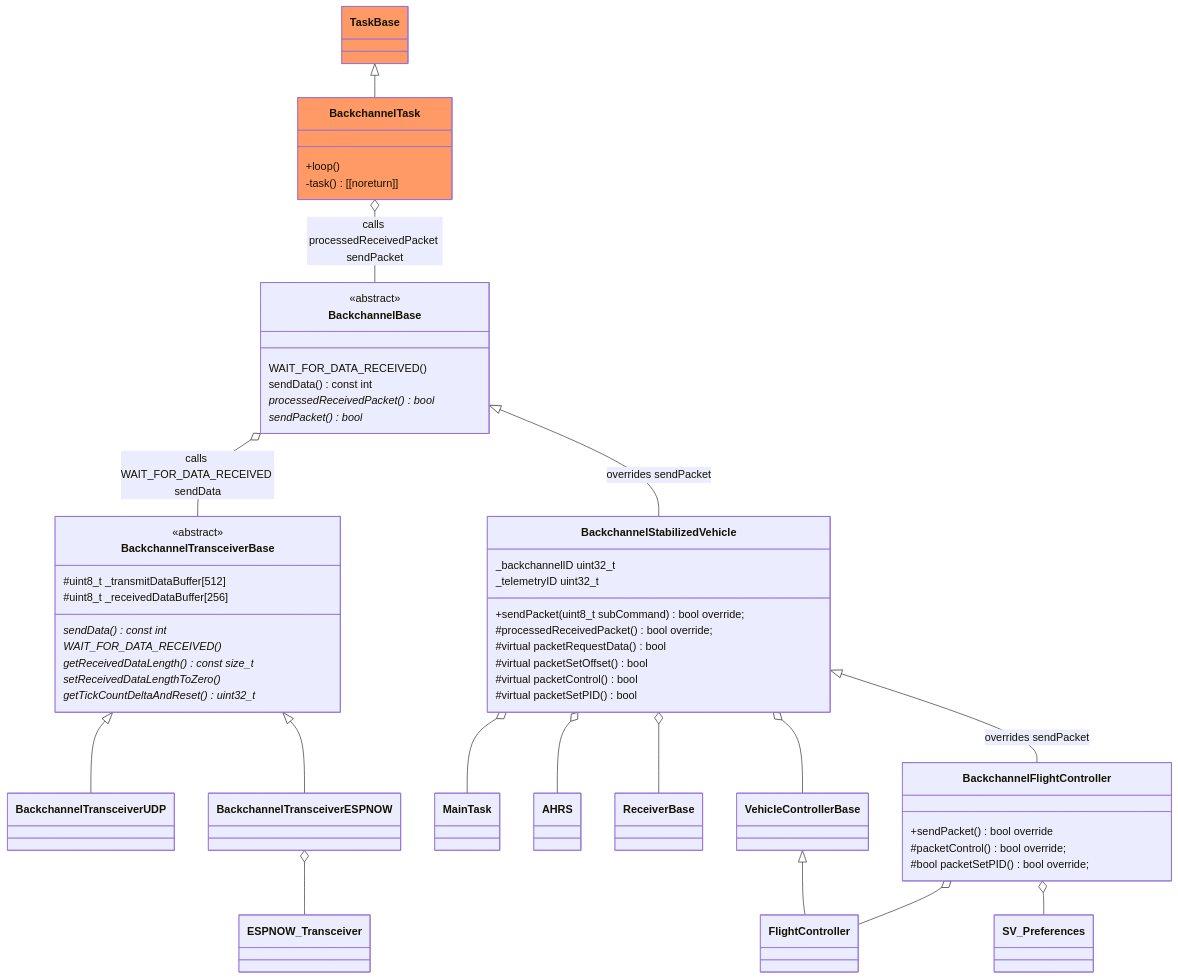
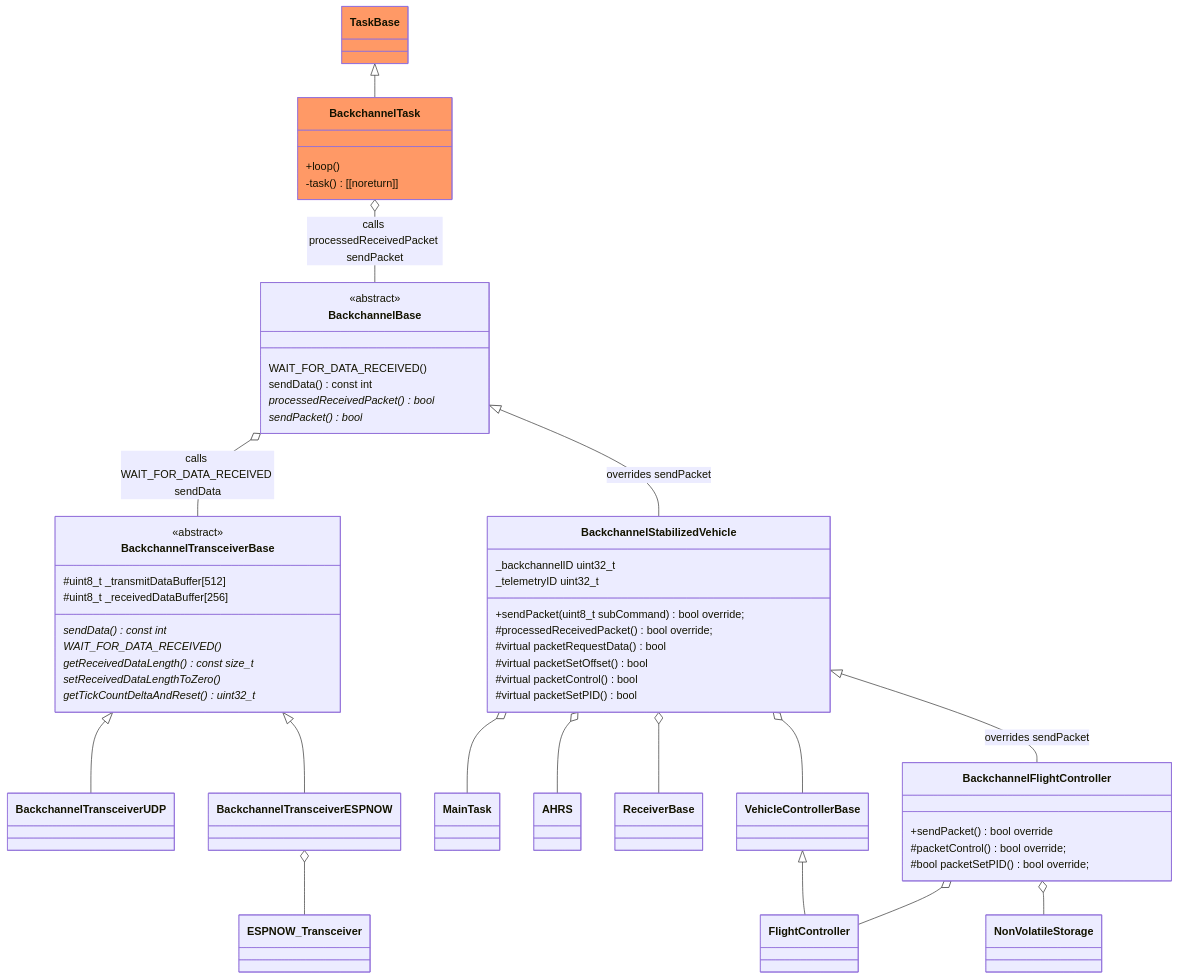
The fifth of 5 diagrams in README.md (martinbudden/Protoflight), drawn with Mermaid before and after one commit. The commit also changed 8 other files, not shown here.

Commit message:
Improved NonVolatileStorage.

````diff
--- a/README.md
+++ b/README.md
@@ -785,66 +785,66 @@
 ```mermaid
 classDiagram
     class BackchannelTransceiverBase {
         <<abstract>>
         sendData() const int *
         WAIT_FOR_DATA_RECEIVED() *
         getReceivedDataLength() const size_t *
         setReceivedDataLengthToZero() *
         getTickCountDeltaAndReset() uint32_t *
         #uint8_t _transmitDataBuffer[512]
         #uint8_t _receivedDataBuffer[256]
     }
 
     class BackchannelBase {
         <<abstract>>
         WAIT_FOR_DATA_RECEIVED()
         sendData() const int
         processedReceivedPacket() bool *
         sendPacket() bool *
     }
     BackchannelBase o-- BackchannelTransceiverBase : calls WAIT_FOR_DATA_RECEIVED sendData
 
     BackchannelTransceiverBase <|-- BackchannelTransceiverUDP
 
     BackchannelTransceiverBase <|-- BackchannelTransceiverESPNOW
     BackchannelTransceiverESPNOW o-- ESPNOW_Transceiver
 
     BackchannelBase <|-- BackchannelStabilizedVehicle : overrides sendPacket
     class BackchannelStabilizedVehicle {
         _backchannelID uint32_t
         _telemetryID uint32_t
         +sendPacket(uint8_t subCommand) bool override;
         #processedReceivedPacket() bool override;
         #virtual packetRequestData() bool
         #virtual packetSetOffset() bool
         #virtual packetControl() bool
         #virtual packetSetPID() bool
     }
     BackchannelStabilizedVehicle o-- MainTask
     BackchannelStabilizedVehicle o-- AHRS
     BackchannelStabilizedVehicle o-- ReceiverBase
     BackchannelStabilizedVehicle o-- VehicleControllerBase
 
     BackchannelStabilizedVehicle <|--BackchannelFlightController : overrides sendPacket
     class BackchannelFlightController {
         +sendPacket() bool override
         #packetControl() bool override;
         #bool packetSetPID() bool override;
     }
     VehicleControllerBase <|-- FlightController
     BackchannelFlightController o-- FlightController
-    BackchannelFlightController o-- SV_Preferences
+    BackchannelFlightController o-- NonVolatileStorage
 
 
     class TaskBase:::taskClass {
     }
     link TaskBase "https://github.com/martinbudden/Library-TaskBase/blob/main/src/TaskBase.h"
     TaskBase <|-- BackchannelTask
     class BackchannelTask:::taskClass {
         +loop()
         -task() [[noreturn]]
     }
     BackchannelTask o-- BackchannelBase : calls processedReceivedPacket sendPacket
 
     classDef taskClass fill:#f96
 ```
````
